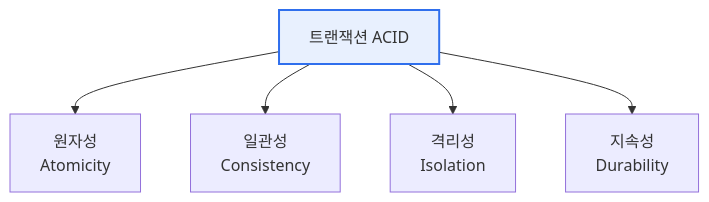
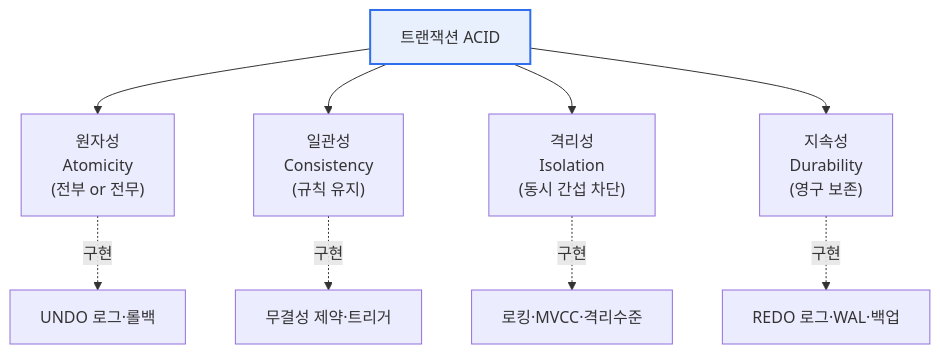
One commit to coninggu/wjdqhrhksflrltnftk changed the first of 2 diagrams in content/transaction-acid.md. Above: the diagram before and after it, drawn with Mermaid. The commit also changed other lines of this file and 3 other files, not shown here.

````diff
--- a/content/transaction-acid.md
+++ b/content/transaction-acid.md
@@ -15,8 +21,12 @@
 ```mermaid
 flowchart TB
-  T[트랜잭션 ACID] --> A["원자성<br/>Atomicity"]
-  T --> C["일관성<br/>Consistency"]
-  T --> I["격리성<br/>Isolation"]
-  T --> D["지속성<br/>Durability"]
+  T["트랜잭션 ACID"] --> A["원자성<br/>Atomicity<br/>(전부 or 전무)"]
+  T --> C["일관성<br/>Consistency<br/>(규칙 유지)"]
+  T --> I["격리성<br/>Isolation<br/>(동시 간섭 차단)"]
+  T --> D["지속성<br/>Durability<br/>(영구 보존)"]
+  A -.구현.-> AM["UNDO 로그·롤백"]
+  C -.구현.-> CM["무결성 제약·트리거"]
+  I -.구현.-> IM["로킹·MVCC·격리수준"]
+  D -.구현.-> DM["REDO 로그·WAL·백업"]
   style T fill:#e8f0fe,stroke:#2f6fed,stroke-width:2px
 ```
````
